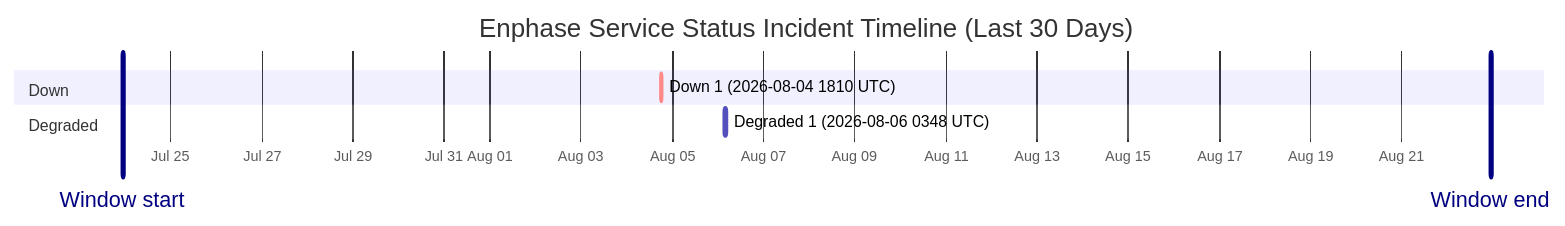
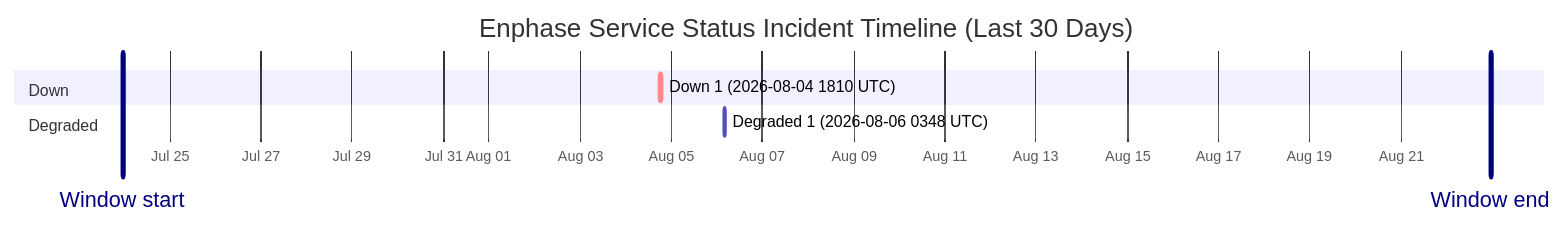
The diagram in wiki/Service-Status-History.md (barneyonline/ha-enphase-energy), drawn with Mermaid before and after one commit. The commit also changed other lines of this file and 3 other files, not shown here.

````diff
--- a/wiki/Service-Status-History.md
+++ b/wiki/Service-Status-History.md
@@ -14,12 +14,12 @@
 ```mermaid
 gantt
     title Enphase Service Status Incident Timeline (Last 30 Days)
     dateFormat  YYYY-MM-DDTHH:mm:ss
     axisFormat  %b %d
-    Window start :vert, window-start, 2026-07-23T22:47:10, 0ms
-    Window end :vert, window-end, 2026-08-22T22:47:10, 0ms
+    Window start :vert, window-start, 2026-07-23T23:18:12, 0ms
+    Window end :vert, window-end, 2026-08-22T23:18:12, 0ms
     section Down
     Down 1 (2026-08-04 1810 UTC) :crit, down-1, 2026-08-04T18:10:46, 60m
     section Degraded
     Degraded 1 (2026-08-06 0348 UTC) :active, degraded-1, 2026-08-06T03:48:14, 60m
 ```
````
